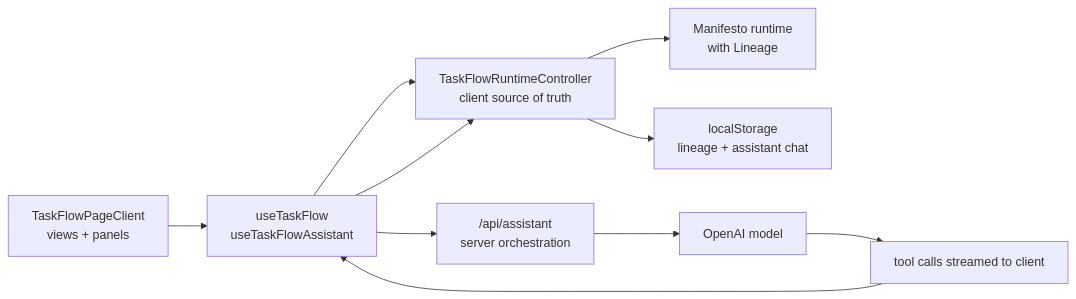
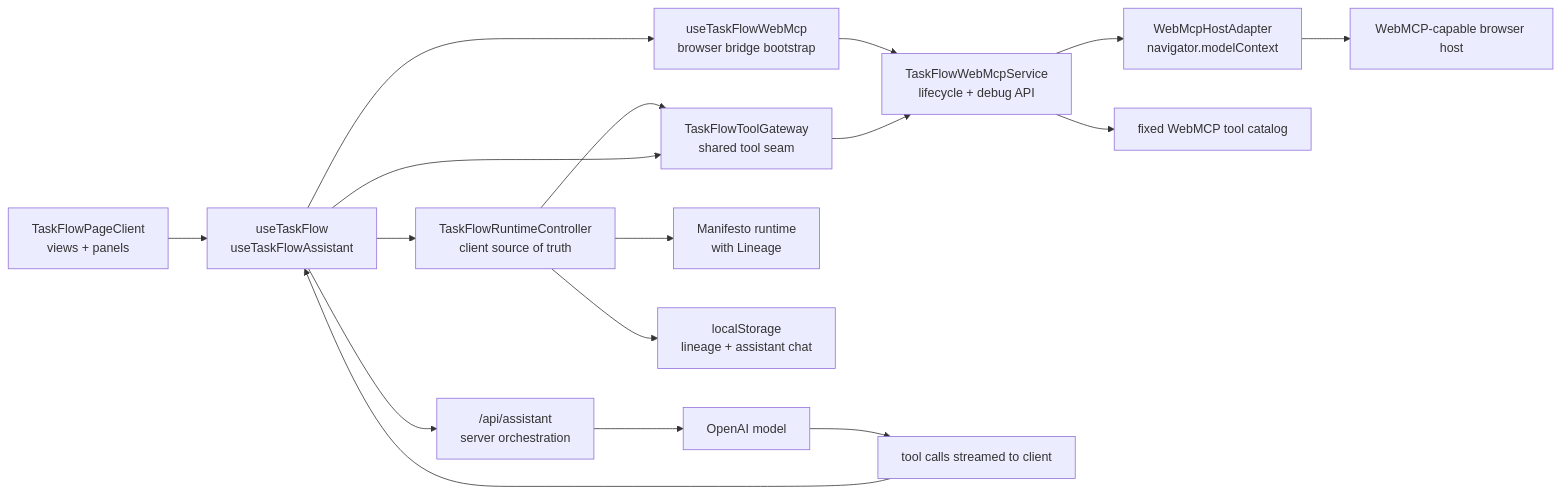
One commit to eggp-dev/manifesto-taskflow changed the diagram in docs/ARCHITECTURE.md. Above: the diagram before and after it, drawn with Mermaid. The commit also changed other lines of this file and 18 other files, not shown here.

Commit message:
Refactor TaskFlow WebMCP integration

````diff
--- a/docs/ARCHITECTURE.md
+++ b/docs/ARCHITECTURE.md
@@ -45,12 +52,19 @@
 ```mermaid
 flowchart LR
   UI["TaskFlowPageClient<br/>views + panels"] --> Hooks["useTaskFlow<br/>useTaskFlowAssistant"]
+  Hooks --> WebMcp["useTaskFlowWebMcp<br/>browser bridge bootstrap"]
   Hooks --> Controller["TaskFlowRuntimeController<br/>client source of truth"]
+  Controller --> Gateway["TaskFlowToolGateway<br/>shared tool seam"]
+  WebMcp --> Bridge["TaskFlowWebMcpService<br/>lifecycle + debug API"]
+  Bridge --> Adapter["WebMcpHostAdapter<br/>navigator.modelContext"]
+  Bridge --> Catalog["fixed WebMCP tool catalog"]
   Controller --> Runtime["Manifesto runtime<br/>with Lineage"]
   Controller --> Storage["localStorage<br/>lineage + assistant chat"]
+  Gateway --> Bridge
+  Adapter --> Host["WebMCP-capable browser host"]
   Hooks --> Route["/api/assistant<br/>server orchestration"]
   Route --> Model["OpenAI model"]
   Model --> Tools["tool calls streamed to client"]
   Tools --> Hooks
-  Hooks --> Controller
+  Hooks --> Gateway
 ```
````
